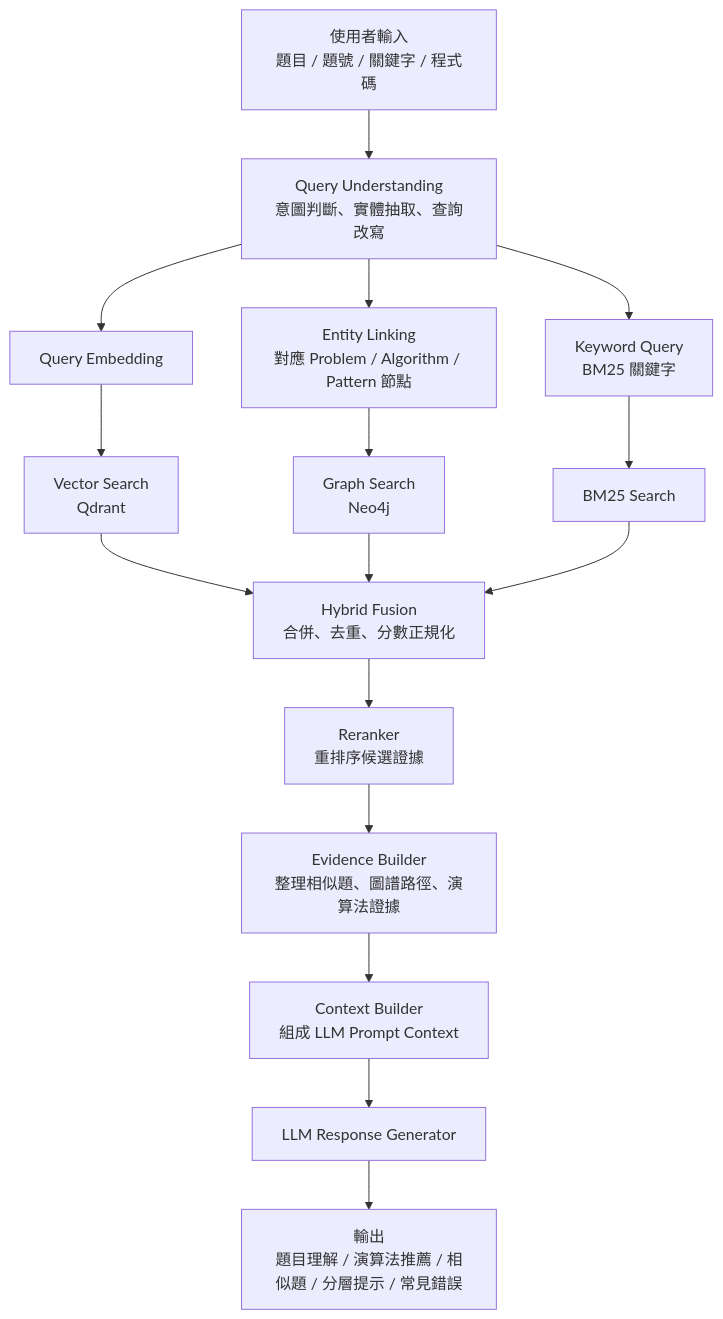
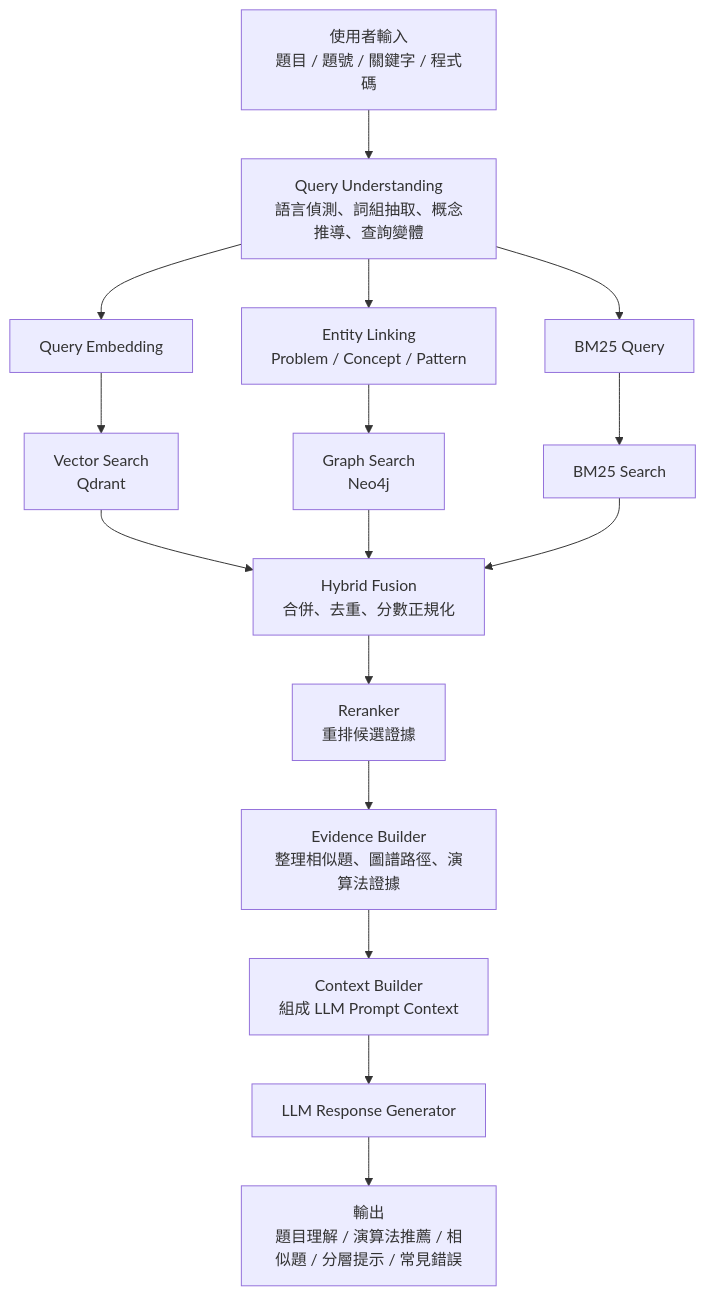
Before and after one commit to ray910408/knowledgegraph_rag: the second of 2 diagrams in README.md, drawn with Mermaid. The commit also changed other lines of this file and 18 other files, not shown here.

Commit message:
feat: add multilingual query understanding and bilingual expansion

````diff
--- a/README.md
+++ b/README.md
@@ -125,18 +92,18 @@
 ```mermaid
 flowchart TD
-  A["使用者輸入<br/>題目 / 題號 / 關鍵字 / 程式碼"] --> B["Query Understanding<br/>意圖判斷、實體抽取、查詢改寫"]
+  A["使用者輸入<br/>題目 / 題號 / 關鍵字 / 程式碼"] --> B["Query Understanding<br/>語言偵測、詞組抽取、概念推導、查詢變體"]
   B --> C["Query Embedding"]
-  B --> D["Entity Linking<br/>對應 Problem / Algorithm / Pattern 節點"]
-  B --> E["Keyword Query<br/>BM25 關鍵字"]
+  B --> D["Entity Linking<br/>Problem / Concept / Pattern"]
+  B --> E["BM25 Query"]
   C --> F["Vector Search<br/>Qdrant"]
   D --> G["Graph Search<br/>Neo4j"]
   E --> H["BM25 Search"]
   F --> I["Hybrid Fusion<br/>合併、去重、分數正規化"]
   G --> I
   H --> I
-  I --> J["Reranker<br/>重排序候選證據"]
+  I --> J["Reranker<br/>重排候選證據"]
   J --> K["Evidence Builder<br/>整理相似題、圖譜路徑、演算法證據"]
   K --> L["Context Builder<br/>組成 LLM Prompt Context"]
   L --> M["LLM Response Generator"]
   M --> N["輸出<br/>題目理解 / 演算法推薦 / 相似題 / 分層提示 / 常見錯誤"]
 ```
````
